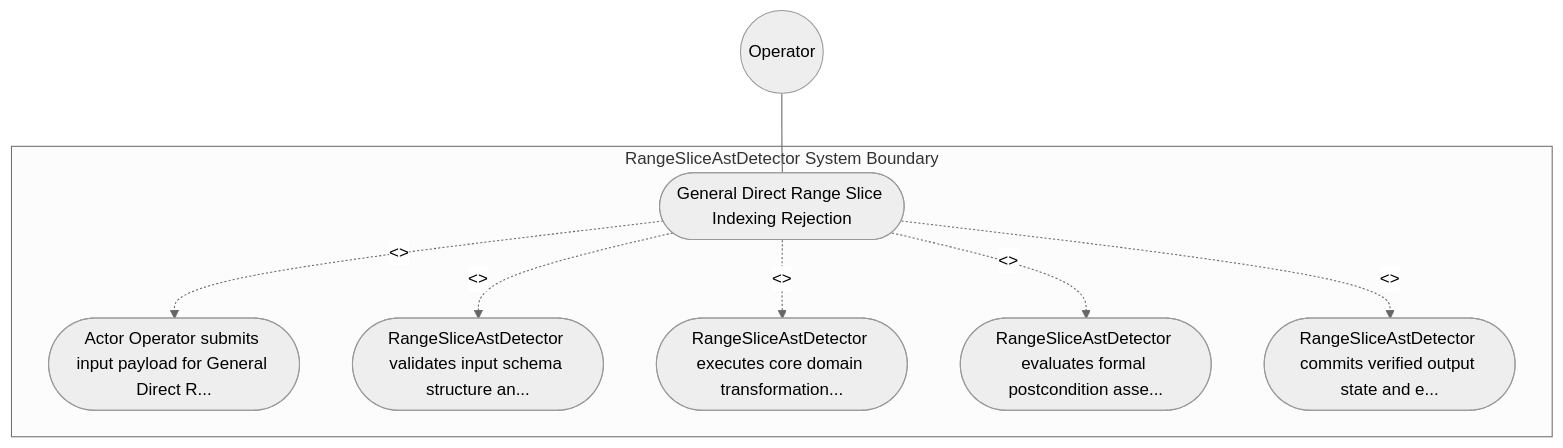
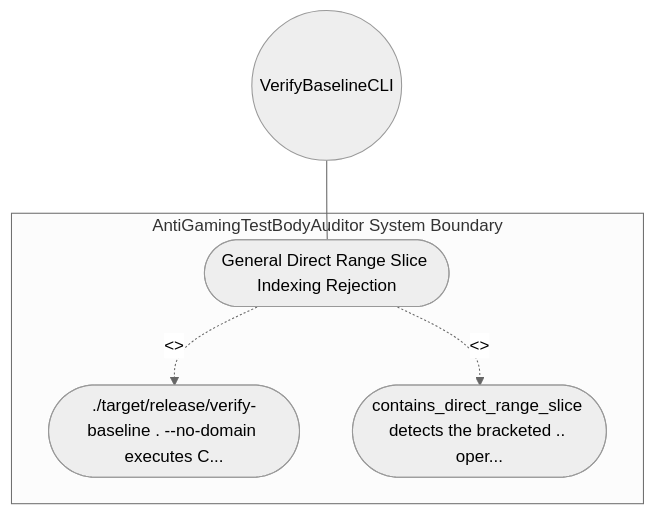
Before and after one commit to gintatkinson/DEAP01-spec-core: the diagram in .pipeline/upstream/docs/use-cases/UC-06-General_Direct_Range_Slice_Indexing_Rejection.md, drawn with Mermaid (neutral theme). The commit also changed other lines of this file and 213 other files, not shown here.

````diff
--- a/.pipeline/upstream/docs/use-cases/UC-06-General_Direct_Range_Slice_Indexing_Rejection.md
+++ b/.pipeline/upstream/docs/use-cases/UC-06-General_Direct_Range_Slice_Indexing_Rejection.md
@@ -16,17 +16,11 @@
 ```mermaid
 graph TD
-    subgraph "RangeSliceAstDetector System Boundary"
+    subgraph "AntiGamingTestBodyAuditor System Boundary"
         UC_Main(["General Direct Range Slice Indexing Rejection"])
-        UC_Step01(["Actor Operator submits input payload for General Direct R..."])
-        UC_Step02(["RangeSliceAstDetector validates input schema structure an..."])
-        UC_Step03(["RangeSliceAstDetector executes core domain transformation..."])
-        UC_Step04(["RangeSliceAstDetector evaluates formal postcondition asse..."])
-        UC_Step05(["RangeSliceAstDetector commits verified output state and e..."])
+        UC_Step01(["./target/release/verify-baseline . --no-domain executes C..."])
+        UC_Step02(["contains_direct_range_slice detects the bracketed .. oper..."])
     end
-    Operator(("Operator")) --- UC_Main
+    VerifyBaselineCLI(("VerifyBaselineCLI")) --- UC_Main
     UC_Main -. "<<include>>" .-> UC_Step01
     UC_Main -. "<<include>>" .-> UC_Step02
-    UC_Main -. "<<include>>" .-> UC_Step03
-    UC_Main -. "<<include>>" .-> UC_Step04
-    UC_Main -. "<<include>>" .-> UC_Step05
 ```
````
